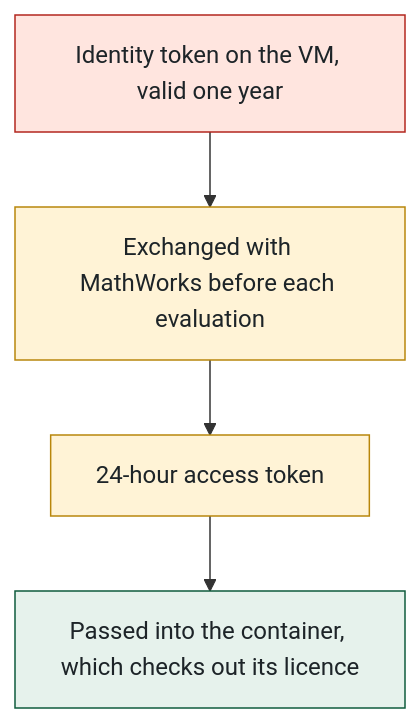
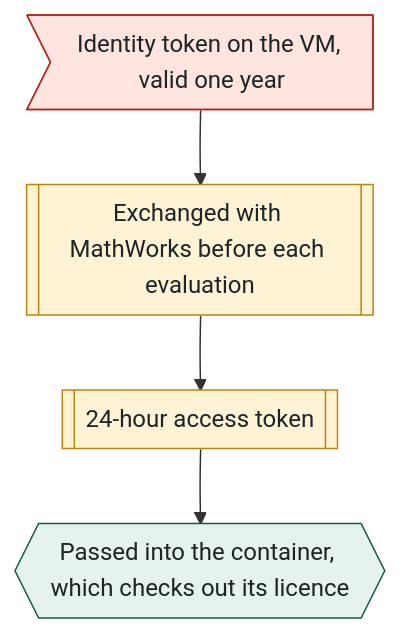
Diagram 11 of 11 in docs/walkthrough/ALL-IN-ONE.md (McMaster-Battery-Research-Group/battery-soc-benchmark), drawn with Mermaid before and after one commit. The commit also changed other lines of this file and 46 other files, not shown here.

````diff
--- a/docs/walkthrough/ALL-IN-ONE.md
+++ b/docs/walkthrough/ALL-IN-ONE.md
@@ -501,12 +510,12 @@
 ```mermaid
 flowchart TB
-    T["Identity token on the VM, valid one year"] --> X["Exchanged with MathWorks before each evaluation"]
-    X --> D["24-hour access token"]
-    D --> C["Passed into the container, which checks out its licence"]
+    T>"Identity token on the VM, valid one year"] --> X[["Exchanged with MathWorks before each evaluation"]]
+    X --> D[["24-hour access token"]]
+    D --> C{{"Passed into the container, which checks out its licence"}}
     classDef danger fill:#FFE5DF,stroke:#B3261E,color:#1d2428
     classDef worker fill:#FFF3D6,stroke:#B8860B,color:#1d2428
     classDef sandbox fill:#E6F2EC,stroke:#0E5B3D,color:#1d2428
     class T danger
     class X,D worker
     class C sandbox
 ```
````
